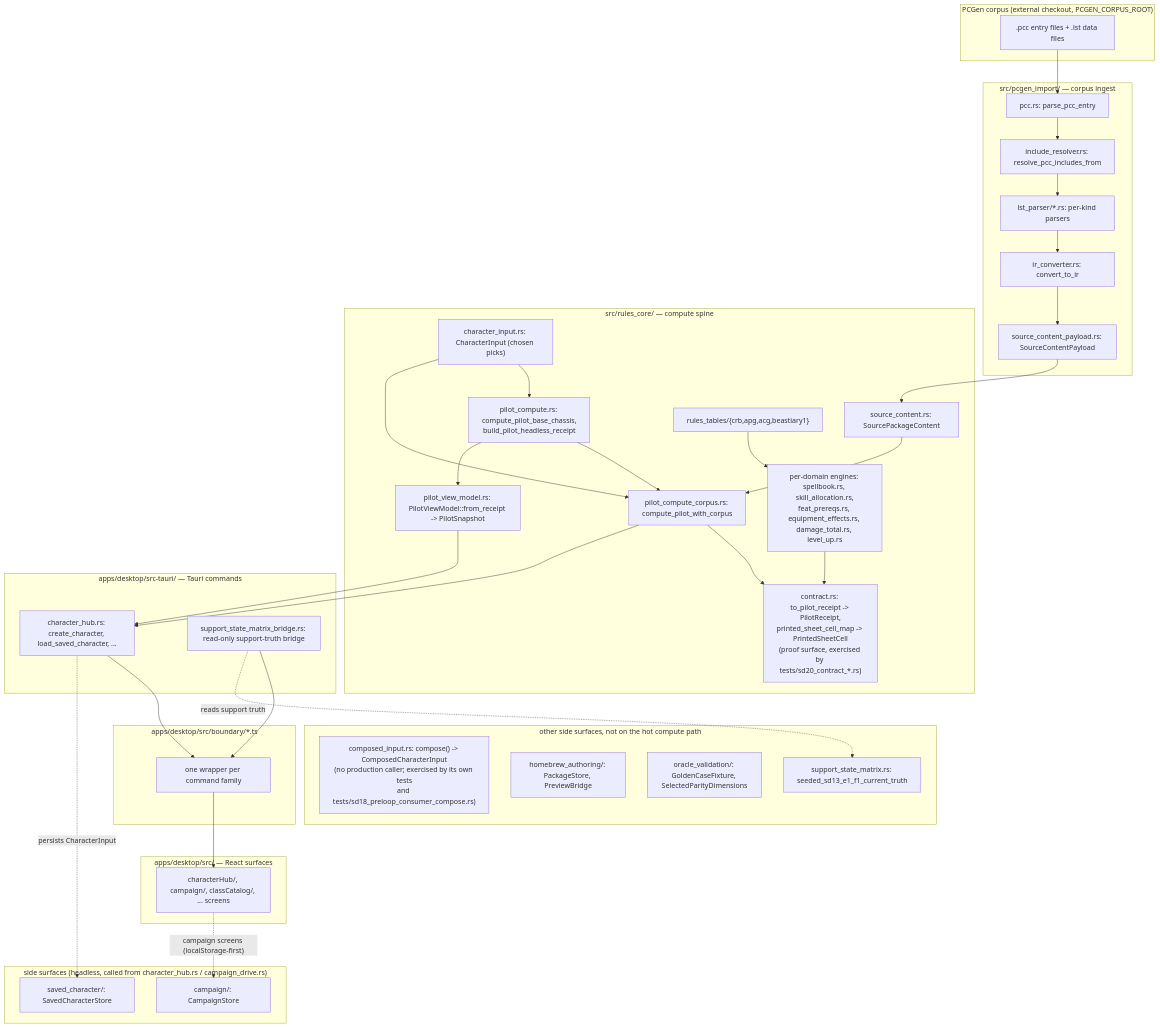
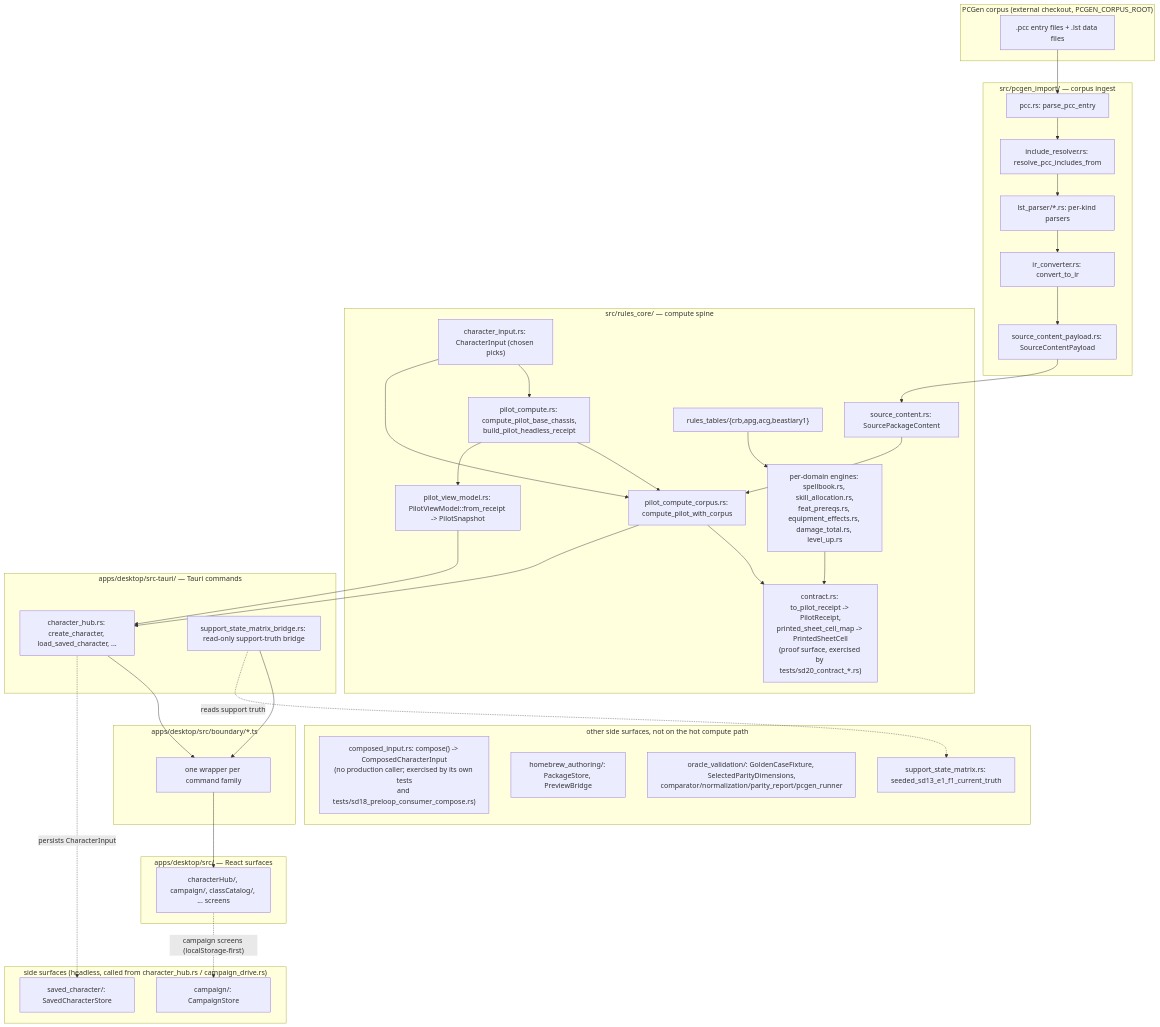
One commit to electricm0nk/codex changed the diagram in docs/architecture/overview.md. Above: the diagram before and after it, drawn with Mermaid. The commit also changed other lines of this file and 6 other files, not shown here.

````diff
--- a/docs/architecture/overview.md
+++ b/docs/architecture/overview.md
@@ -57,67 +59,67 @@
 ```mermaid
 flowchart TD
     subgraph corpus["PCGen corpus (external checkout, PCGEN_CORPUS_ROOT)"]
         PCC[".pcc entry files + .lst data files"]
     end
 
     subgraph ingest["src/pcgen_import/ — corpus ingest"]
         PCCRS["pcc.rs: parse_pcc_entry"]
         INC["include_resolver.rs: resolve_pcc_includes_from"]
         LST["lst_parser/*.rs: per-kind parsers"]
         IRC["ir_converter.rs: convert_to_ir"]
         SCP["source_content_payload.rs: SourceContentPayload"]
     end
 
     subgraph rulescore["src/rules_core/ — compute spine"]
         SC["source_content.rs: SourcePackageContent"]
         CI["character_input.rs: CharacterInput (chosen picks)"]
         PC["pilot_compute.rs: compute_pilot_base_chassis,\nbuild_pilot_headless_receipt"]
         PCC2["pilot_compute_corpus.rs: compute_pilot_with_corpus"]
         VM["pilot_view_model.rs: PilotViewModel::from_receipt -> PilotSnapshot"]
         DOMAIN["per-domain engines: spellbook.rs, skill_allocation.rs,\nfeat_prereqs.rs, equipment_effects.rs, damage_total.rs, level_up.rs"]
         TABLES["rules_tables/{crb,apg,acg,beastiary1}"]
         CONTRACT["contract.rs: to_pilot_receipt -> PilotReceipt,\nprinted_sheet_cell_map -> PrintedSheetCell\n(proof surface, exercised by tests/sd20_contract_*.rs)"]
     end
 
     subgraph tauri["apps/desktop/src-tauri/ — Tauri commands"]
         CH["character_hub.rs: create_character, load_saved_character, ..."]
         SD13B["support_state_matrix_bridge.rs: read-only support-truth bridge"]
     end
 
     subgraph boundary["apps/desktop/src/boundary/*.ts"]
         BND["one wrapper per command family"]
     end
 
     subgraph react["apps/desktop/src/ — React surfaces"]
         UI["characterHub/, campaign/, classCatalog/, ... screens"]
     end
 
     PCC --> PCCRS --> INC --> LST --> IRC --> SCP --> SC
     CI --> PC
     CI --> PCC2
     SC --> PCC2
     PC --> PCC2
     TABLES --> DOMAIN
     PCC2 --> CONTRACT
     DOMAIN --> CONTRACT
     PC --> VM
     VM --> CH
     PCC2 --> CH
     CH --> BND --> UI
     SD13B --> BND
 
     subgraph persist["side surfaces (headless, called from character_hub.rs / campaign_drive.rs)"]
         SAVED["saved_character/: SavedCharacterStore"]
         CAMP["campaign/: CampaignStore"]
     end
     CH -.persists CharacterInput.-> SAVED
     UI -.campaign screens (localStorage-first).-> CAMP
 
     subgraph side["other side surfaces, not on the hot compute path"]
         COMP["composed_input.rs: compose() -> ComposedCharacterInput\n(no production caller; exercised by its own tests\nand tests/sd18_preloop_consumer_compose.rs)"]
         HB["homebrew_authoring/: PackageStore, PreviewBridge"]
-        OV["oracle_validation/: GoldenCaseFixture, SelectedParityDimensions"]
+        OV["oracle_validation/: GoldenCaseFixture, SelectedParityDimensions,\ncomparator/normalization/parity_report/pcgen_runner"]
         SSM["support_state_matrix.rs: seeded_sd13_e1_f1_current_truth"]
     end
     SD13B -.reads support truth.-> SSM
 ```
````
